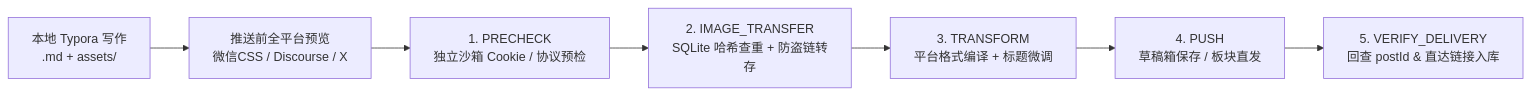
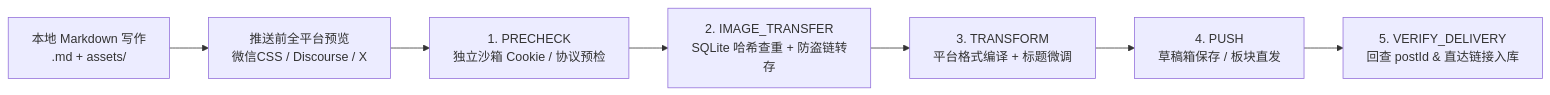
One commit to leileigwl/vmark changed the diagram in README.md. Above: the diagram before and after it, drawn with Mermaid. The commit also changed other lines of this file and 16 other files, not shown here.

````diff
--- a/README.md
+++ b/README.md
@@ -59,9 +59,9 @@
 ```mermaid
 flowchart LR
-    A["本地 Typora 写作<br/>.md + assets/"] --> B["推送前全平台预览<br/>微信CSS / Discourse / X"]
+    A["本地 Markdown 写作<br/>.md + assets/"] --> B["推送前全平台预览<br/>微信CSS / Discourse / X"]
     B --> C["1. PRECHECK<br/>独立沙箱 Cookie / 协议预检"]
     C --> D["2. IMAGE_TRANSFER<br/>SQLite 哈希查重 + 防盗链转存"]
     D --> E["3. TRANSFORM<br/>平台格式编译 + 标题微调"]
     E --> F["4. PUSH<br/>草稿箱保存 / 板块直发"]
     F --> G["5. VERIFY_DELIVERY<br/>回查 postId & 直达链接入库"]
 ```
````
